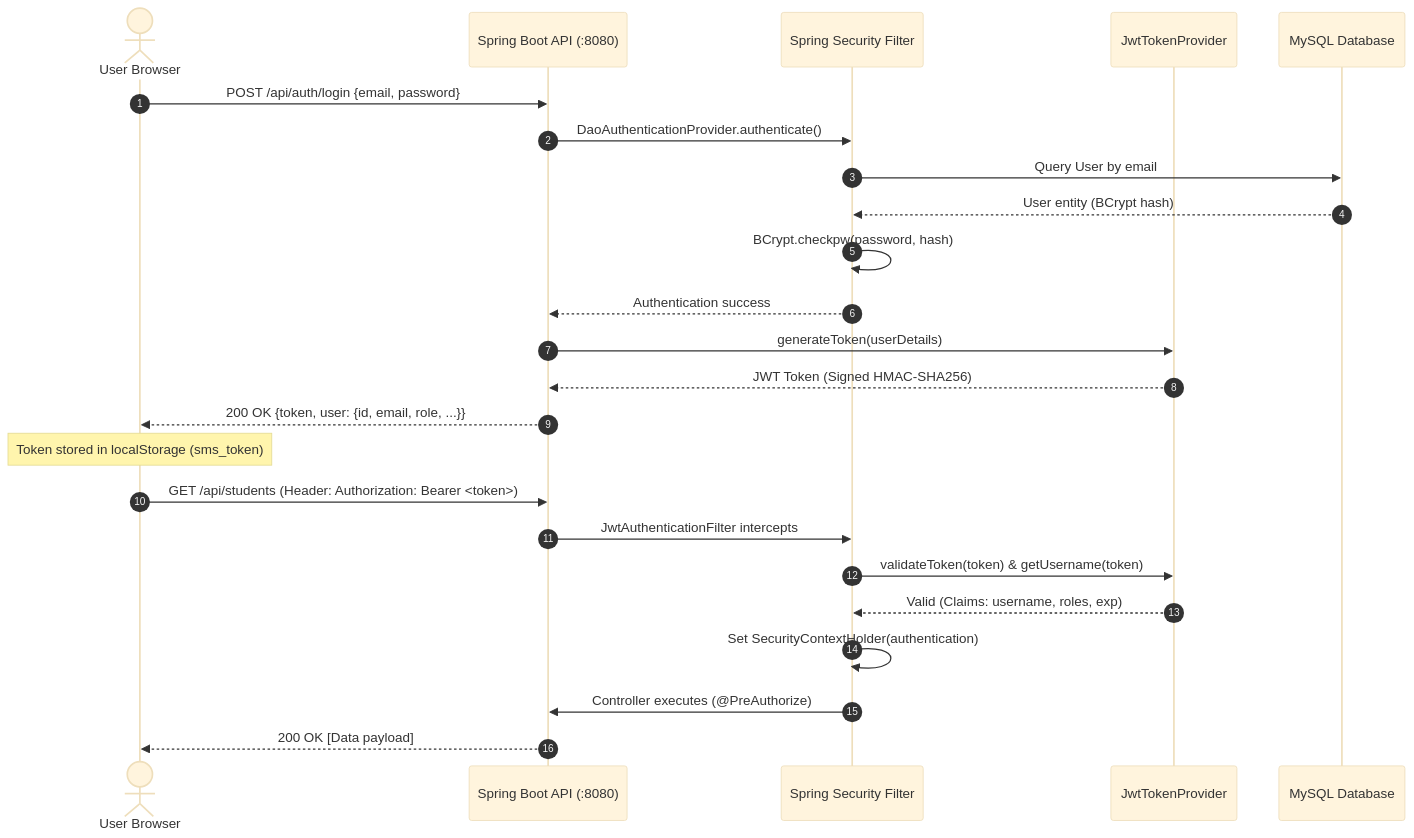
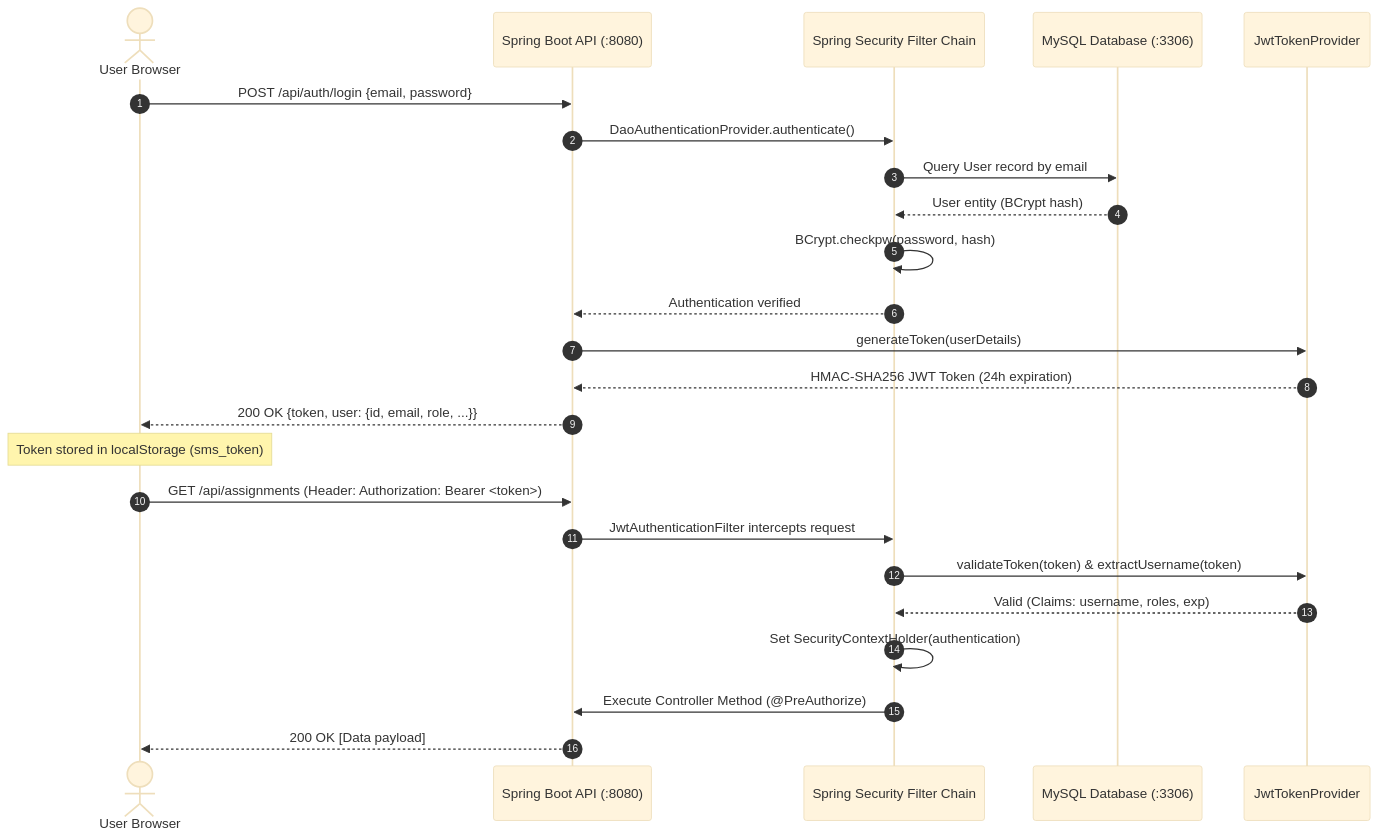
Before and after one commit to SudheerKonduboina/Smart-Student-Faculty-Management-System: the third of 4 diagrams in README.md, drawn with Mermaid (base theme). The commit also changed other lines of this file and 42 other files, not shown here.

Commit message:
docs: update system architecture diagrams, generator scripts, and documentation

````diff
--- a/README.md
+++ b/README.md
@@ -565,29 +512,29 @@
 ```mermaid
 sequenceDiagram
     autonumber
     actor User as User Browser
     participant API as Spring Boot API (:8080)
-    participant Sec as Spring Security Filter
+    participant Sec as Spring Security Filter Chain
+    participant DB as MySQL Database (:3306)
     participant JWT as JwtTokenProvider
-    participant DB as MySQL Database
 
     User->>API: POST /api/auth/login {email, password}
     API->>Sec: DaoAuthenticationProvider.authenticate()
-    Sec->>DB: Query User by email
+    Sec->>DB: Query User record by email
     DB-->>Sec: User entity (BCrypt hash)
     Sec->>Sec: BCrypt.checkpw(password, hash)
-    Sec-->>API: Authentication success
+    Sec-->>API: Authentication verified
     API->>JWT: generateToken(userDetails)
-    JWT-->>API: JWT Token (Signed HMAC-SHA256)
+    JWT-->>API: HMAC-SHA256 JWT Token (24h expiration)
     API-->>User: 200 OK {token, user: {id, email, role, ...}}
 
     Note over User: Token stored in localStorage (sms_token)
 
-    User->>API: GET /api/students (Header: Authorization: Bearer <token>)
-    API->>Sec: JwtAuthenticationFilter intercepts
-    Sec->>JWT: validateToken(token) & getUsername(token)
+    User->>API: GET /api/assignments (Header: Authorization: Bearer <token>)
+    API->>Sec: JwtAuthenticationFilter intercepts request
+    Sec->>JWT: validateToken(token) & extractUsername(token)
     JWT-->>Sec: Valid (Claims: username, roles, exp)
     Sec->>Sec: Set SecurityContextHolder(authentication)
-    Sec->>API: Controller executes (@PreAuthorize)
+    Sec->>API: Execute Controller Method (@PreAuthorize)
     API-->>User: 200 OK [Data payload]
 ```
````
